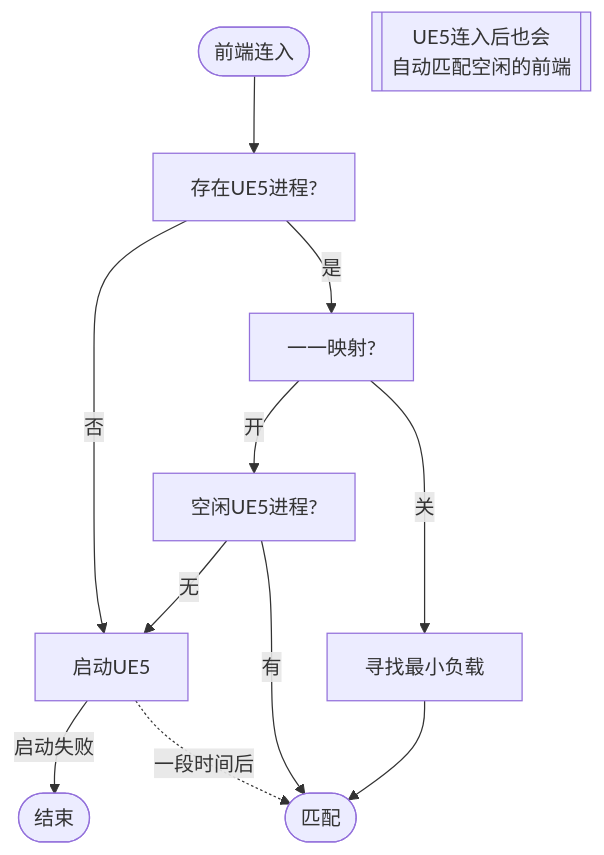
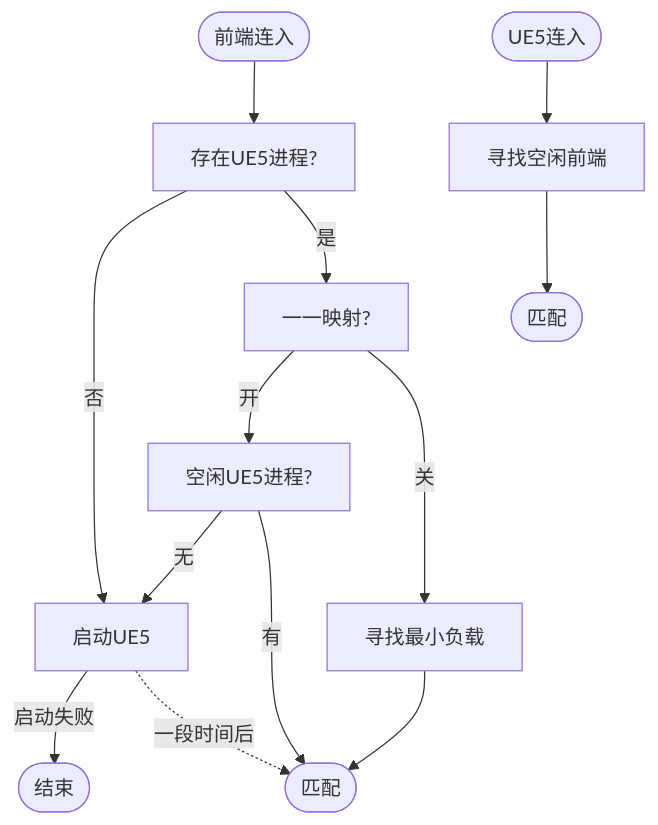
One commit to Mu-L/peer-stream changed the diagram in README-zh.md. Above: the diagram before and after it, drawn with Mermaid.

````diff
--- a/README-zh.md
+++ b/README-zh.md
@@ -65,23 +65,24 @@
 ```mermaid
 flowchart TD;
     map121[一一映射?];
     match([匹配]);
     finish([结束]);
     UE5[存在UE5进程?];
     join([前端连入]);
     start[启动UE5];
     idle[空闲UE5进程?];
     min[寻找最小负载];
-    note[[UE5连入后也会 \n 自动匹配空闲的前端]]
+    
+    a([UE5连入]) --> 寻找空闲前端 --> b([匹配]);
  
     join --> UE5;
-    UE5 -->|否| start;
-    start -->|启动失败| finish;
-    start -. 一段时间后 .-> match;
-    UE5 -->|是| map121;
-    map121 -->|开| idle; 
-    idle -->|无| start;
-    idle -->|有| match;
-    map121 -->|关| min --> match;
+    UE5 --否--> start;
+    start --启动失败--> finish;
+    start -.一段时间后.-> match;
+    UE5 --是--> map121;
+    map121 --开--> idle; 
+    idle --无--> start;
+    idle --有--> match;
+    map121 --关--> min --> match;
 
 ```
````
